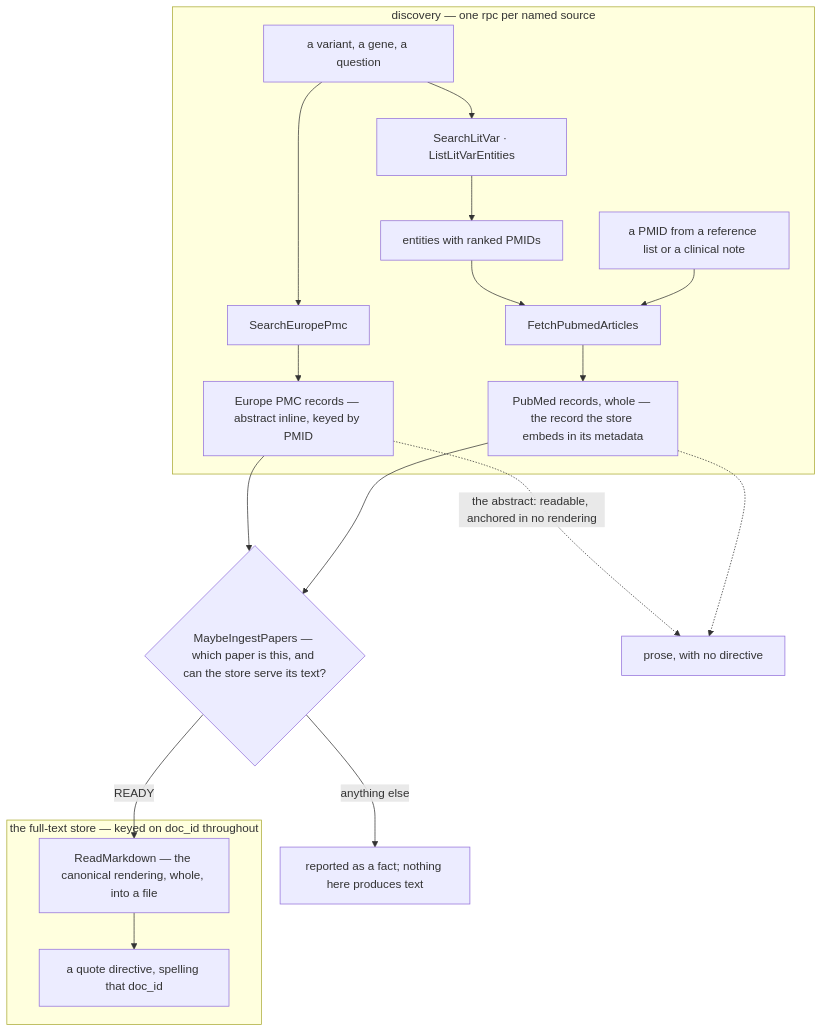
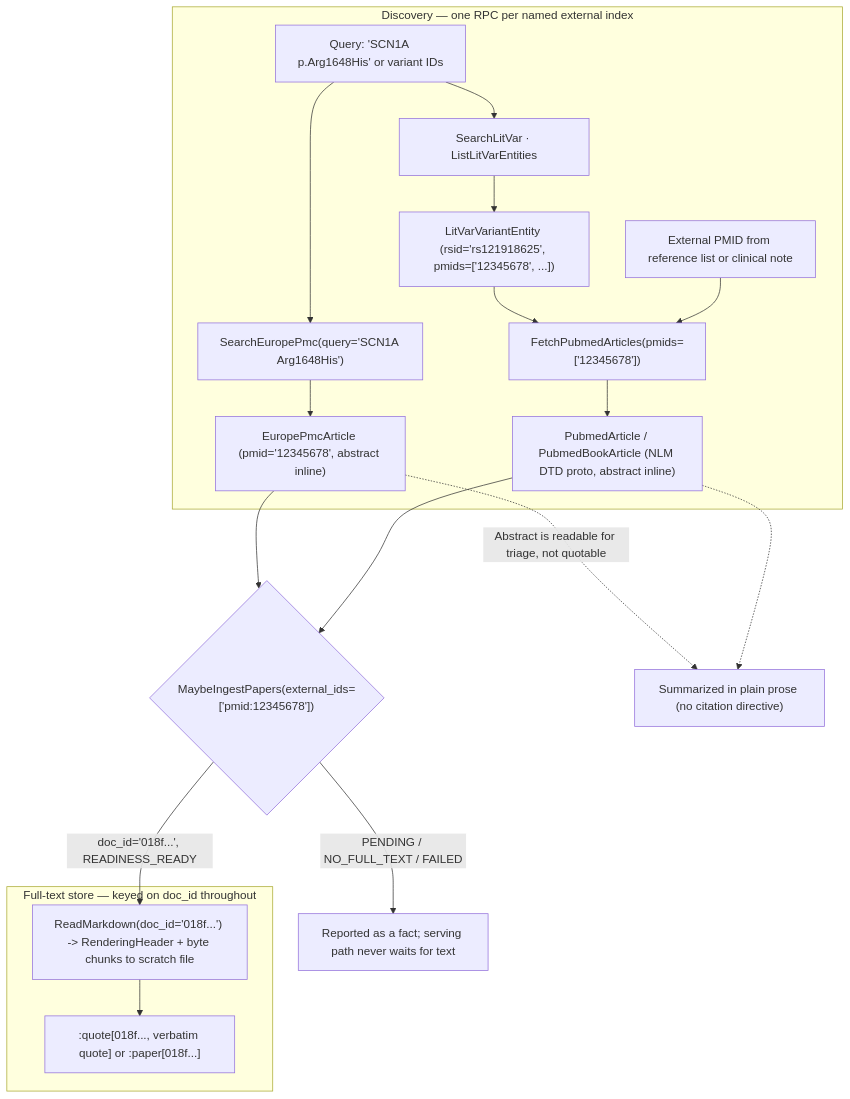
One commit to populationgenomics/themis changed the diagram in docs/design/literature-evidence-layer.md. Above: the diagram before and after it, drawn with Mermaid. The commit also changed other lines of this file and 34 other files, not shown here.

````diff
--- a/docs/design/literature-evidence-layer.md
+++ b/docs/design/literature-evidence-layer.md
@@ -142,21 +139,21 @@
 ```mermaid
 flowchart TD
-    subgraph discovery["discovery — one rpc per named source"]
-        Q["a variant, a gene, a question"] --> S["SearchEuropePmc"]
+    subgraph discovery["Discovery — one RPC per named external index"]
+        Q["Query: 'SCN1A p.Arg1648His' or variant IDs"] --> S["SearchEuropePmc(query='SCN1A Arg1648His')"]
         Q --> V["SearchLitVar · ListLitVarEntities"]
-        S --> E["Europe PMC records — abstract inline, keyed by PMID"]
-        V --> PMIDS["entities with ranked PMIDs"]
-        PMIDS --> F["FetchPubmedArticles"]
-        H["a PMID from a reference list or a clinical note"] --> F
-        F --> E2["PubMed records, whole — the record the store embeds in its metadata"]
+        S --> E["EuropePmcArticle (pmid='12345678', abstract inline)"]
+        V --> PMIDS["LitVarVariantEntity (rsid='rs121918625', pmids=['12345678', ...])"]
+        PMIDS --> F["FetchPubmedArticles(pmids=['12345678'])"]
+        H["External PMID from reference list or clinical note"] --> F
+        F --> E2["PubmedArticle / PubmedBookArticle (NLM DTD proto, abstract inline)"]
     end
-    subgraph store["the full-text store — keyed on doc_id throughout"]
-        M["ReadMarkdown — the canonical rendering, whole, into a file"] --> C["a quote directive, spelling that doc_id"]
+    subgraph store["Full-text store — keyed on doc_id throughout"]
+        M["ReadMarkdown(doc_id='018f...') -> RenderingHeader + byte chunks to scratch file"] --> C[":quote[018f..., verbatim quote] or :paper[018f...]"]
     end
-    E --> DOOR{"MaybeIngestPapers — which paper is this, and can the store serve its text?"}
+    E --> DOOR{"MaybeIngestPapers(external_ids=['pmid:12345678'])"}
     E2 --> DOOR
-    DOOR -->|"READY"| M
-    DOOR -->|"anything else"| N["reported as a fact; nothing here produces text"]
-    E -.->|"the abstract: readable, anchored in no rendering"| P["prose, with no directive"]
+    DOOR -->|"doc_id='018f...', READINESS_READY"| M
+    DOOR -->|"PENDING / NO_FULL_TEXT / FAILED"| N["Reported as a fact; serving path never waits for text"]
+    E -.->|"Abstract is readable for triage, not quotable"| P["Summarized in plain prose (no citation directive)"]
     E2 -.-> P
 ```
````
